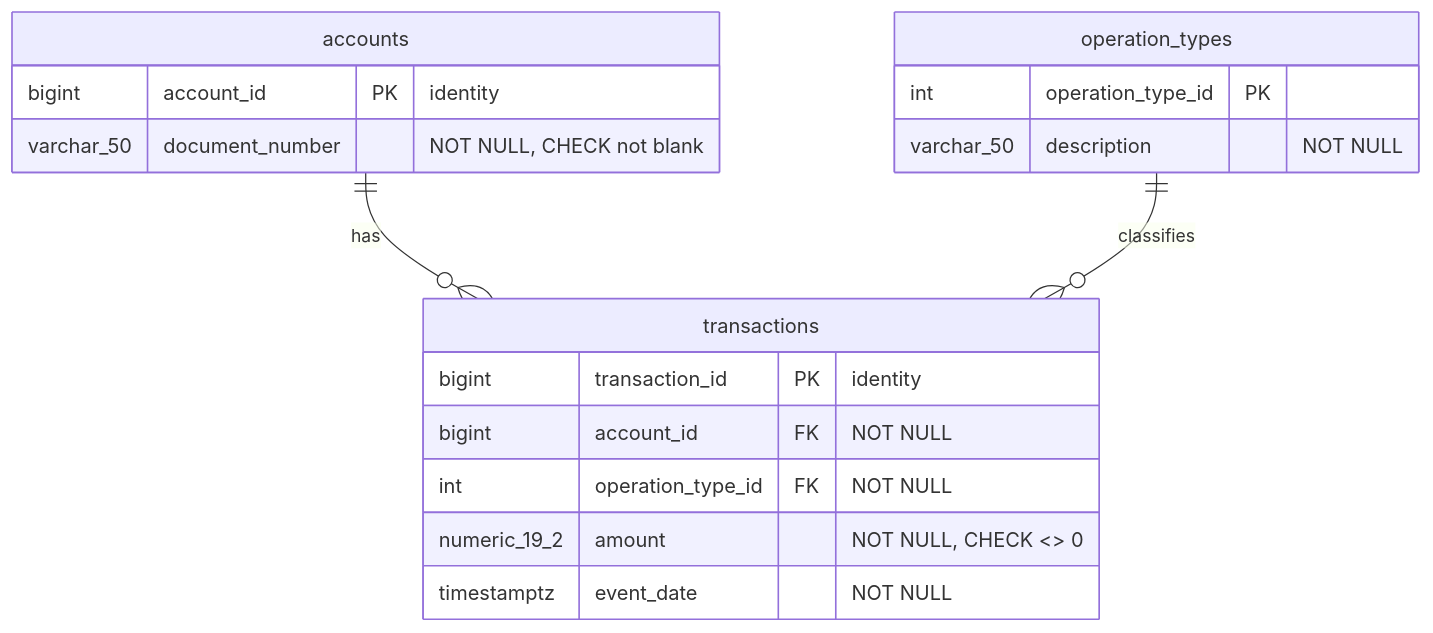
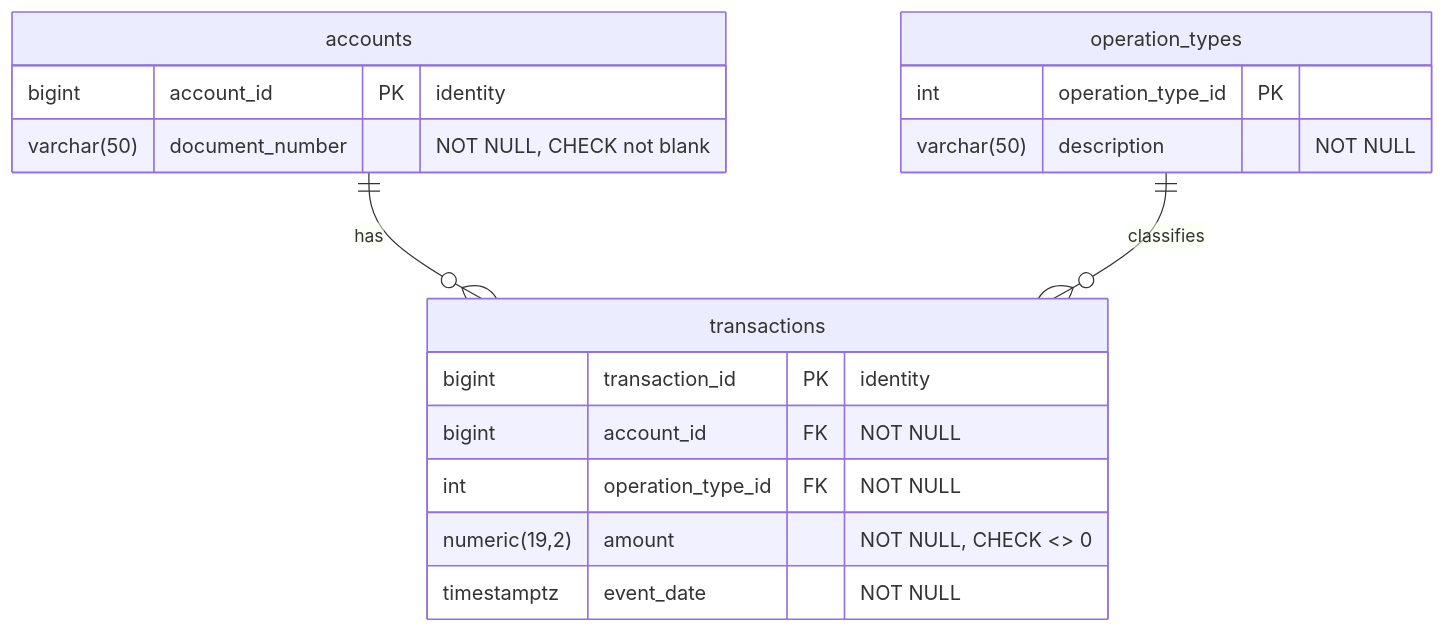
One commit to DanMke/transactions-service changed the second of 3 diagrams in README.md. Above: the diagram before and after it, drawn with Mermaid. The commit also changed other lines of this file and 1 other file, not shown here.

````diff
--- a/README.md
+++ b/README.md
@@ -132,21 +134,21 @@
 ```mermaid
 erDiagram
     accounts ||--o{ transactions : "has"
     operation_types ||--o{ transactions : "classifies"
 
     accounts {
         bigint account_id PK "identity"
-        varchar_50 document_number "NOT NULL, CHECK not blank"
+        varchar(50) document_number "NOT NULL, CHECK not blank"
     }
     operation_types {
         int operation_type_id PK
-        varchar_50 description "NOT NULL"
+        varchar(50) description "NOT NULL"
     }
     transactions {
         bigint transaction_id PK "identity"
         bigint account_id FK "NOT NULL"
         int operation_type_id FK "NOT NULL"
-        numeric_19_2 amount "NOT NULL, CHECK <> 0"
+        numeric(19,2) amount "NOT NULL, CHECK <> 0"
         timestamptz event_date "NOT NULL"
     }
 ```
````
